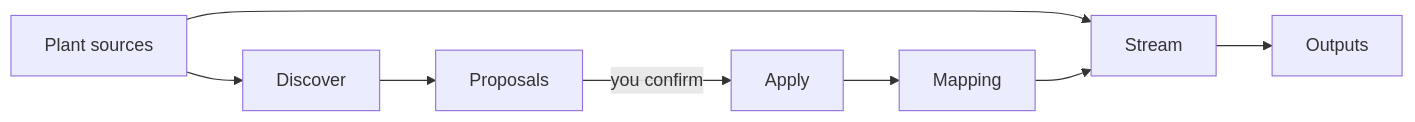
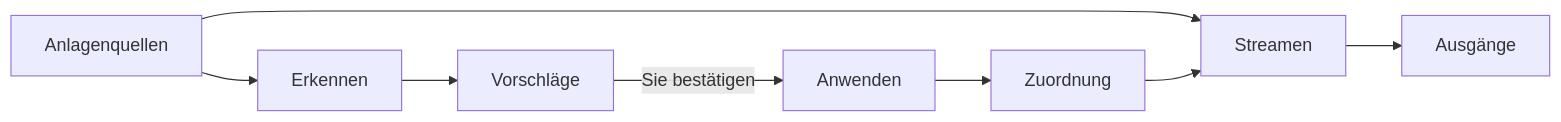
Before and after one commit to nimbit-platform/nimbit-docs: the diagram in i18n/de/docusaurus-plugin-content-docs/current/gateways/periscope/index.mdx, drawn with Mermaid. The commit also changed other lines of this file and 135 other files, not shown here.

````diff
--- a/i18n/de/docusaurus-plugin-content-docs/current/gateways/periscope/index.mdx
+++ b/i18n/de/docusaurus-plugin-content-docs/current/gateways/periscope/index.mdx
@@ -13,10 +13,10 @@
 ```mermaid
 flowchart LR
-  S[Plant sources] --> D[Discover]
-  D --> P[Proposals]
-  P -->|you confirm| A[Apply]
-  A --> M[Mapping]
-  S --> V[Stream]
+  S[Anlagenquellen] --> D[Erkennen]
+  D --> P[Vorschläge]
+  P -->|Sie bestätigen| A[Anwenden]
+  A --> M[Zuordnung]
+  S --> V[Streamen]
   M --> V
-  V --> O[Outputs]
+  V --> O[Ausgänge]
 ```
````
